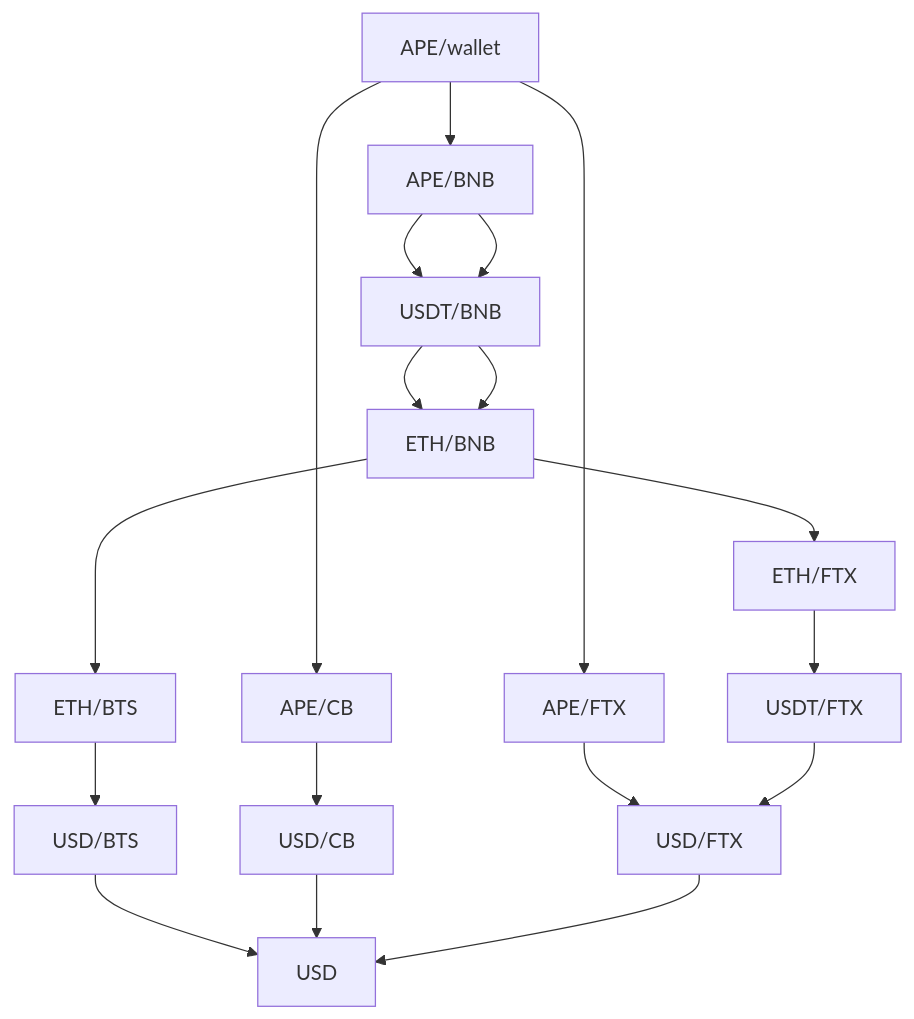
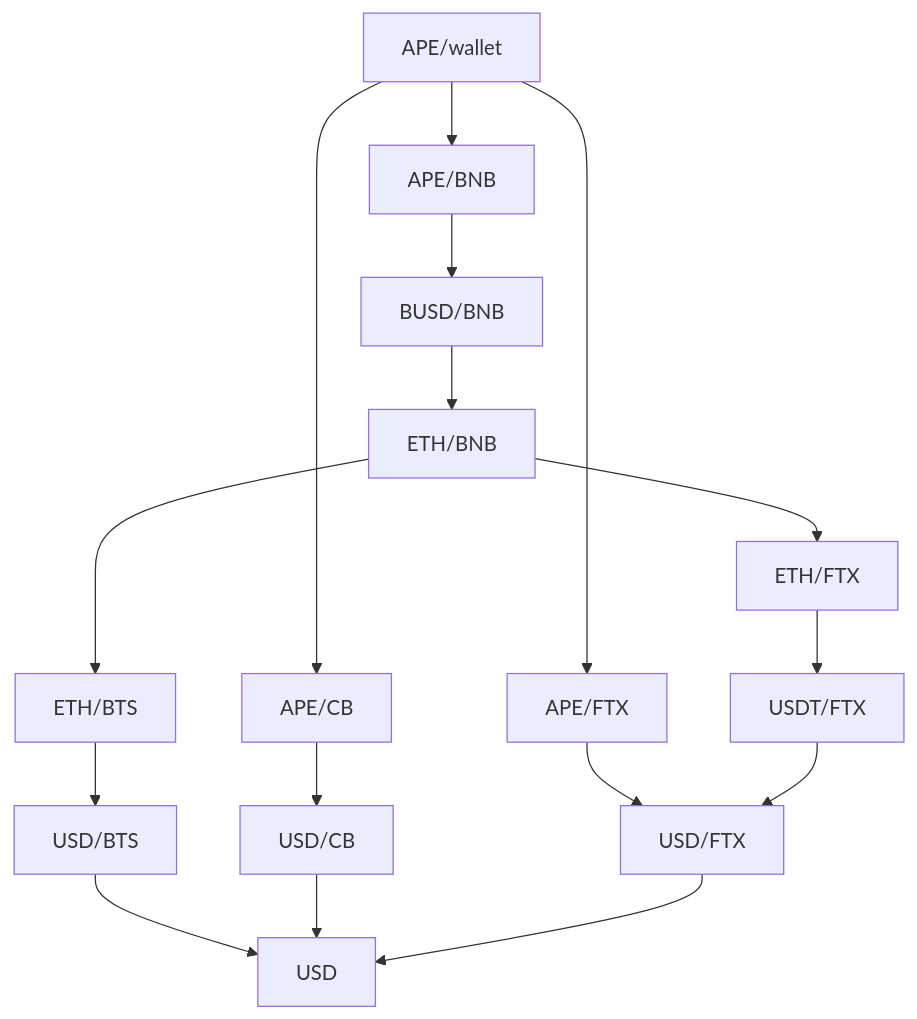
Before and after one commit to Ramzgate/sense: the second of 2 diagrams in README.md, drawn with Mermaid.

````diff
--- a/README.md
+++ b/README.md
@@ -27,20 +27,18 @@
 ```mermaid
 graph TD
   A["ETH/BNB"] --> B["ETH/BTS"]
   B --> C["USD/BTS"]
   C --> D[USD]
   E["APE/BNB"] --> F["BUSD/BNB"]
   F --> A
   G["APE/wallet"] --> H["APE/FTX"]
   H --> I["USD/FTX"]
   G --> J["APE/CB"]
   J --> K["USD/CB"]
   K --> D
   G --> E
-  E --> F["USDT/BNB"]
-  F --> A
   A --> L["ETH/FTX"]
   L --> M["USDT/FTX"]
   M --> I
   I --> D
 ```
````
